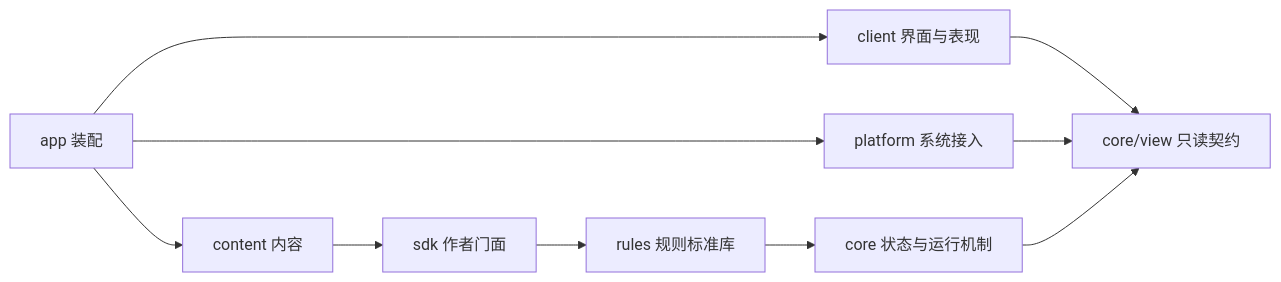
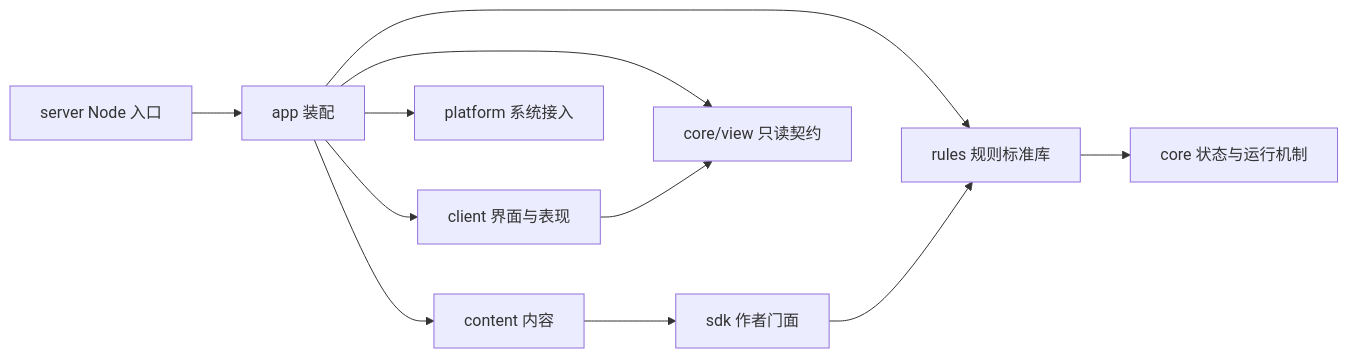
One commit to OuroBubbles/sgs_ng changed the diagram in docs/03-architecture.md. Above: the diagram before and after it, drawn with Mermaid. The commit also changed other lines of this file and 679 other files, not shown here.

````diff
--- a/docs/03-architecture.md
+++ b/docs/03-architecture.md
@@ -21,12 +21,13 @@
 ```mermaid
 flowchart LR
+  N[server Node 入口] --> A
   A[app 装配] --> C[content 内容]
   A --> U[client 界面与表现]
   A --> P[platform 系统接入]
+  A --> R[rules 规则标准库]
   C --> S[sdk 作者门面]
-  S --> R[rules 规则标准库]
+  S --> R
   R --> K[core 状态与运行机制]
-  U --> V[core/view 只读契约]
-  P --> V
-  K --> V
+  A --> V[core/view 只读契约]
+  U --> V
 ```
````
